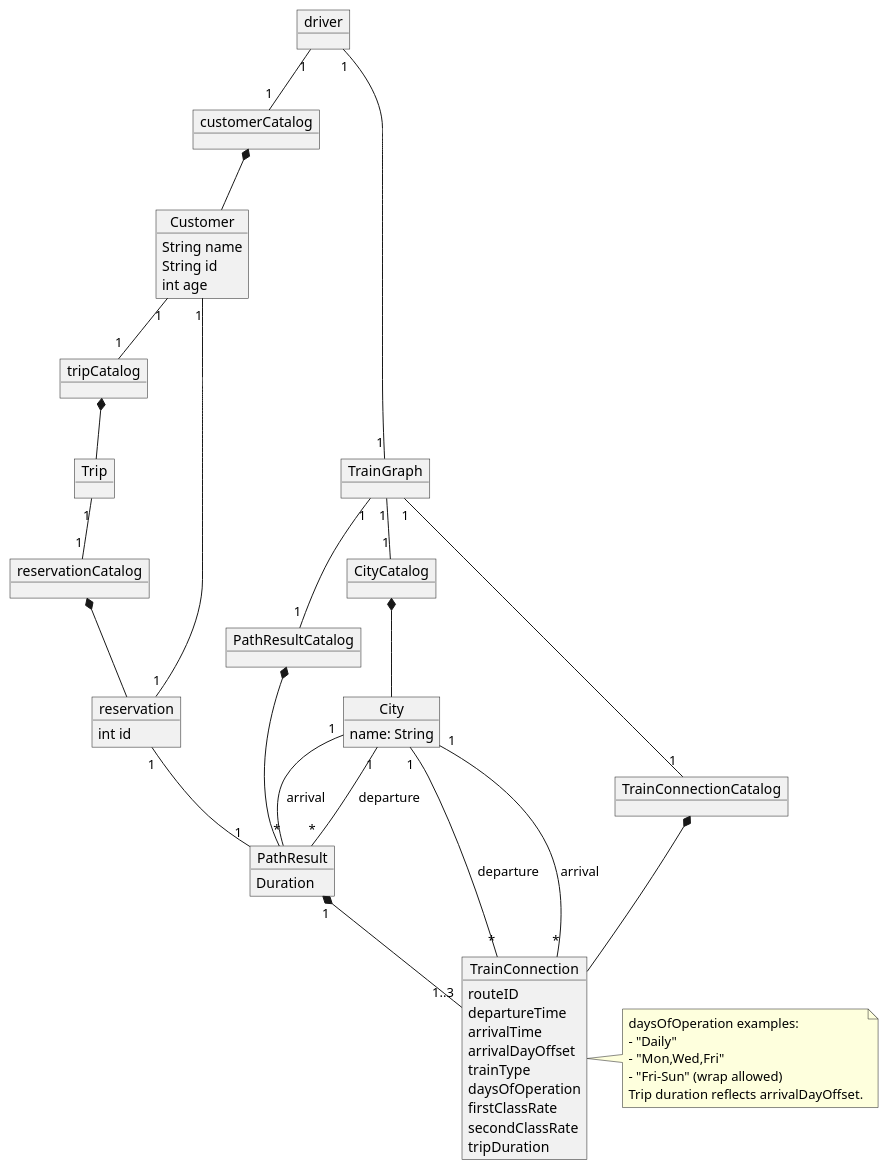
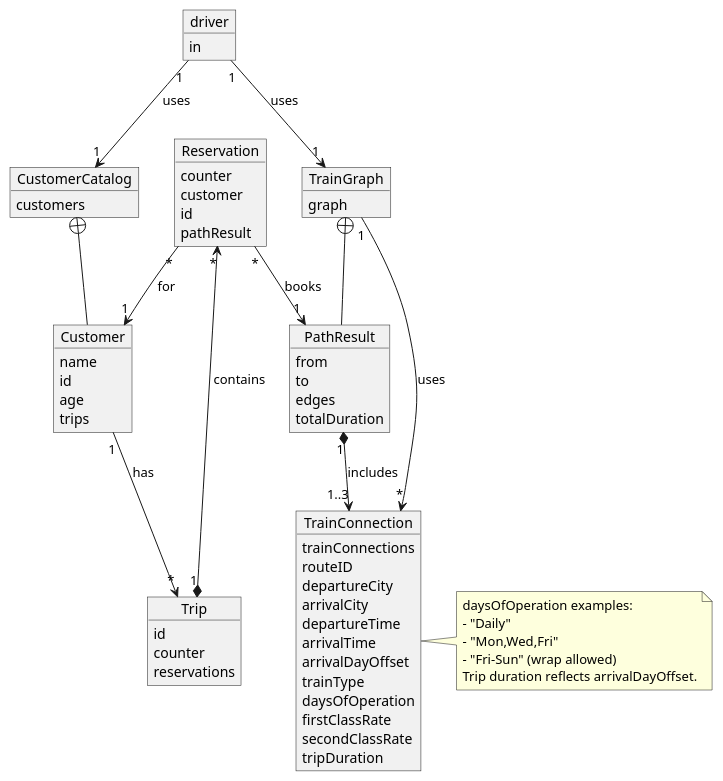
The diagram in Iteration_2/docs/UMLs/domainModel.puml (SamuelVachon/SOEN342), drawn with PlantUML before and after one commit. The commit also changed 7 other files, not shown here.

Commit message:
fixed domain model and class diagrams for iteration 2 and 3

```diff
--- a/Iteration_2/docs/UMLs/domainModel.puml
+++ b/Iteration_2/docs/UMLs/domainModel.puml
@@ -1,101 +1,83 @@
 @startuml domain model
 skinparam classAttributeIconSize 0
 
-object City {
-  name: String
-}
-
-object CityCatalog{
-
-}
-
-object TrainConnectionCatalog{
-
-}
 
 object TrainConnection {
+  trainConnections
   routeID
+  departureCity
+  arrivalCity
   departureTime
   arrivalTime
   arrivalDayOffset
   trainType
   daysOfOperation
   firstClassRate
   secondClassRate
   tripDuration
 }
 
 
 object TrainGraph {
-
+  graph
 }
 
-object PathResultCatalog{
 
+object PathResult {
+  from
+  to
+  edges
+  totalDuration
 }
 
-object PathResult {
-  Duration
-}
 
-object customerCatalog{
-
-}
 
 object Customer{
-  String name
-  String id
-  int age
-}
-
-object tripCatalog{
-
+  name
+  id
+  age
+  trips
 }
 
 object Trip{
-
-}
-
-object reservationCatalog{
-
-}
-
-object reservation{
-  int id
+  id
+  counter
+  reservations
 }
 
 object driver{
-
+  in
 }
 
-driver "1" -- "1" TrainGraph
-driver "1" -- "1" customerCatalog
-customerCatalog  *-- Customer
-Customer "1" -- "1" tripCatalog
-tripCatalog *-- Trip
-Trip "1" -- "1" reservationCatalog
-reservationCatalog *-- reservation
-reservation "1" -- "1" Customer
-reservation "1" -- "1" PathResult
+object CustomerCatalog{
+  customers
+}
 
-PathResultCatalog *-- PathResult
-TrainConnectionCatalog *-- TrainConnection
-CityCatalog *-- City
-City "1" -- "*" TrainConnection : departure
-City "1" -- "*" TrainConnection : arrival
-City "1" -- "*" PathResult : departure
-City "1" -- "*" PathResult : arrival
-TrainGraph "1" --  "1" TrainConnectionCatalog
-TrainGraph "1" --  "1" PathResultCatalog
-TrainGraph "1" --  "1" CityCatalog
-PathResult "1" *-- "1..3" TrainConnection
+object Reservation{
+  counter
+  customer
+  id
+  pathResult
+}
+
+driver "1" --> "1" TrainGraph : uses
+driver "1" --> "1" CustomerCatalog : uses
+CustomerCatalog +-- Customer
+Customer "1" --> "*" Trip : has
+Trip "1" *--> "*" Reservation : contains
+Reservation "*" --> "1" Customer : for
+Reservation "*" --> "1" PathResult : books
+TrainGraph +-- PathResult
+TrainGraph "1" --> "*" TrainConnection : uses
+PathResult "1" *--> "1..3" TrainConnection : includes
 
 
 note right of TrainConnection
 daysOfOperation examples:
 - "Daily"
 - "Mon,Wed,Fri"
 - "Fri-Sun" (wrap allowed)
 Trip duration reflects arrivalDayOffset.
 end note
+
 @enduml
```
